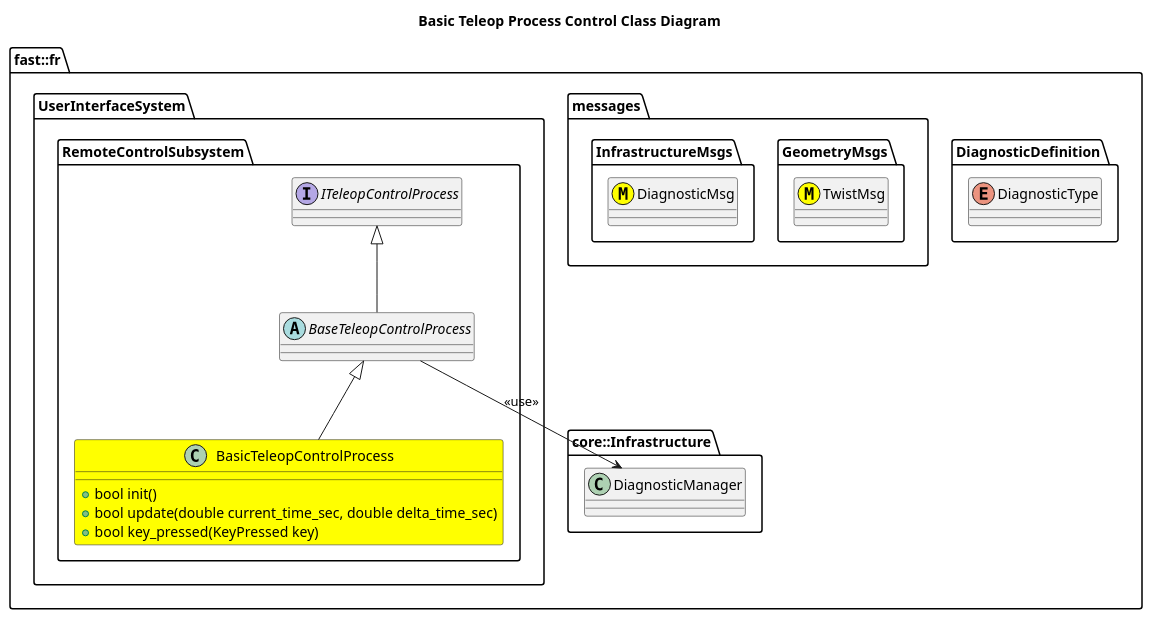
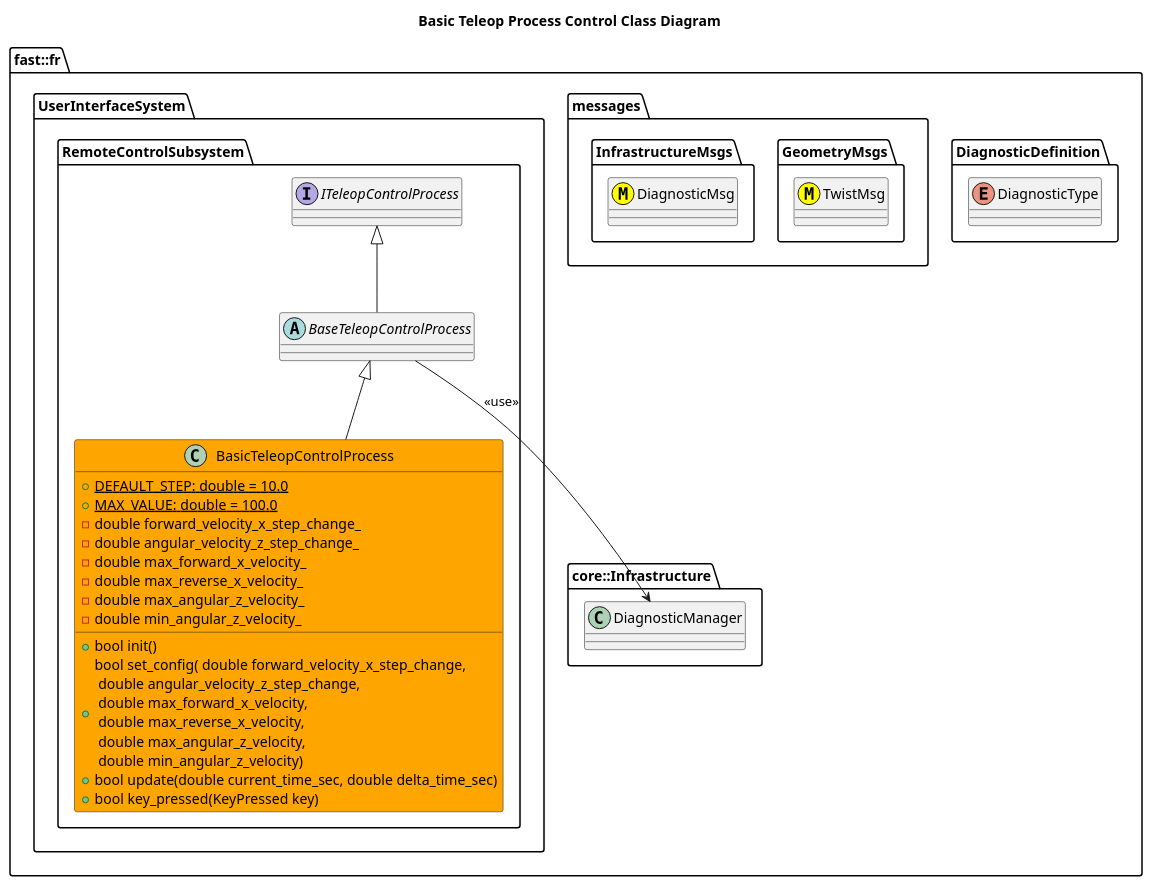
Before and after one commit to fastrobotics/robot_framework: the diagram in Systems/UserInterface/Subsystems/RemoteControl/Processes/TeleopControl/doc/ProcessImplementations/puml/BasicTeleopControlProcessClassDiagram.puml, drawn with PlantUML. The commit also changed 19 other files, not shown here.

```diff
--- a/Systems/UserInterface/Subsystems/RemoteControl/Processes/TeleopControl/doc/ProcessImplementations/puml/BasicTeleopControlProcessClassDiagram.puml
+++ b/Systems/UserInterface/Subsystems/RemoteControl/Processes/TeleopControl/doc/ProcessImplementations/puml/BasicTeleopControlProcessClassDiagram.puml
@@ -1,34 +1,43 @@
 @startuml
 title Basic Teleop Process Control Class Diagram
 
 namespace fast::fr {
   namespace DiagnosticDefinition {
     enum DiagnosticType
   }
   namespace messages {
     namespace GeometryMsgs {
       class TwistMsg <<(M,#FFFF00)>>
     }
     namespace InfrastructureMsgs {
       class DiagnosticMsg <<(M,#FFFF00)>>
     }
   }
   namespace core::Infrastructure {
     class DiagnosticManager
   }
   namespace UserInterfaceSystem {
     namespace RemoteControlSubsystem {
         interface ITeleopControlProcess
         abstract BaseTeleopControlProcess
         BaseTeleopControlProcess -up-|> ITeleopControlProcess
         BaseTeleopControlProcess --> DiagnosticManager: <<use>>
-        class BasicTeleopControlProcess #Yellow {
+        class BasicTeleopControlProcess #Orange {
+          +{static} DEFAULT_STEP: double = 10.0
+          +{static} MAX_VALUE: double = 100.0
           +bool init()
+          +bool set_config( double forward_velocity_x_step_change, \n double angular_velocity_z_step_change, \n double max_forward_x_velocity, \n double max_reverse_x_velocity, \n double max_angular_z_velocity, \n double min_angular_z_velocity)
           +bool update(double current_time_sec, double delta_time_sec)
           +bool key_pressed(KeyPressed key)
+          -double forward_velocity_x_step_change_
+          -double angular_velocity_z_step_change_
+          -double max_forward_x_velocity_
+          -double max_reverse_x_velocity_
+          -double max_angular_z_velocity_
+          -double min_angular_z_velocity_
         }
         BasicTeleopControlProcess -up-|> BaseTeleopControlProcess
     }
   }
 }
 @enduml
```
